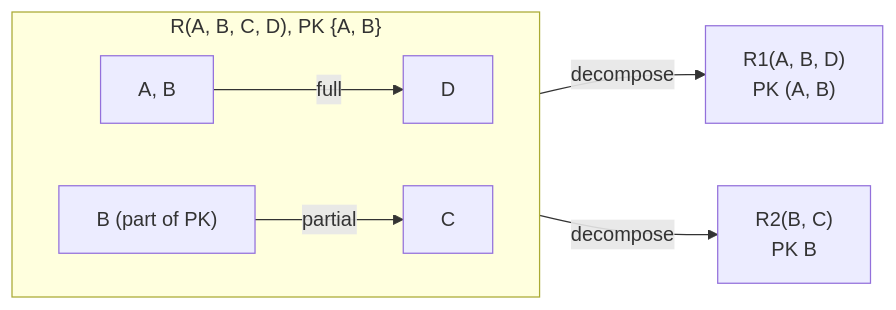
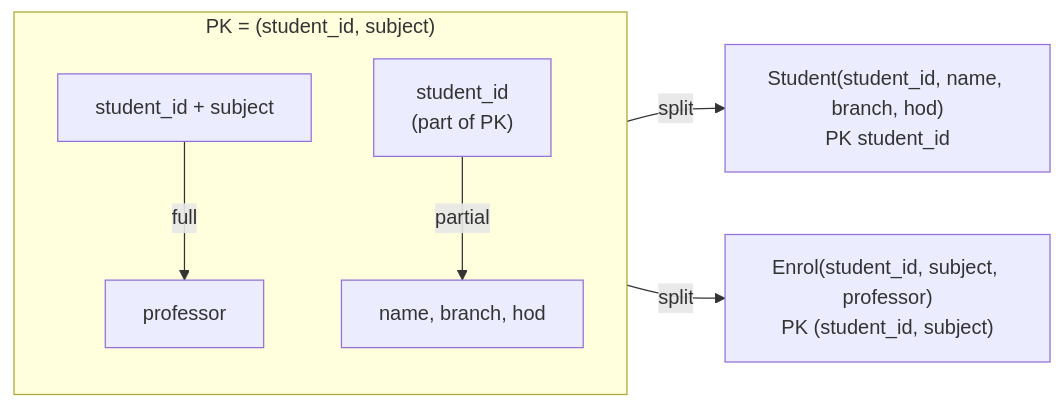
One commit to aaryan-pradhan/core-cs-fundamentals changed the fifth of 8 diagrams in dbms/11-normalisation.md. Above: the diagram before and after it, drawn with Mermaid. The commit also changed other lines of this file, not shown here.

````diff
--- a/dbms/11-normalisation.md
+++ b/dbms/11-normalisation.md
@@ -193,10 +113,9 @@
-         ```mermaid
-         flowchart LR
-           subgraph Before["R(A, B, C, D), PK {A, B}"]
-             direction LR
-             AB["A, B"] -- "full" --> D["D"]
-             B["B (part of PK)"] -- "partial" --> C["C"]
-           end
-           Before -- "decompose" --> R1["R1(A, B, D)<br/>PK (A, B)"]
-           Before -- "decompose" --> R2["R2(B, C)<br/>PK B"]
-         ```
+```mermaid
+flowchart LR
+  subgraph BEFORE["PK = (student_id, subject)"]
+    K["student_id + subject"] -- "full" --> P["professor"]
+    S["student_id<br/>(part of PK)"] -- "partial" --> NB["name, branch, hod"]
+  end
+  BEFORE -- "split" --> T1["Student(student_id, name, branch, hod)<br/>PK student_id"]
+  BEFORE -- "split" --> T2["Enrol(student_id, subject, professor)<br/>PK (student_id, subject)"]
+```
````
